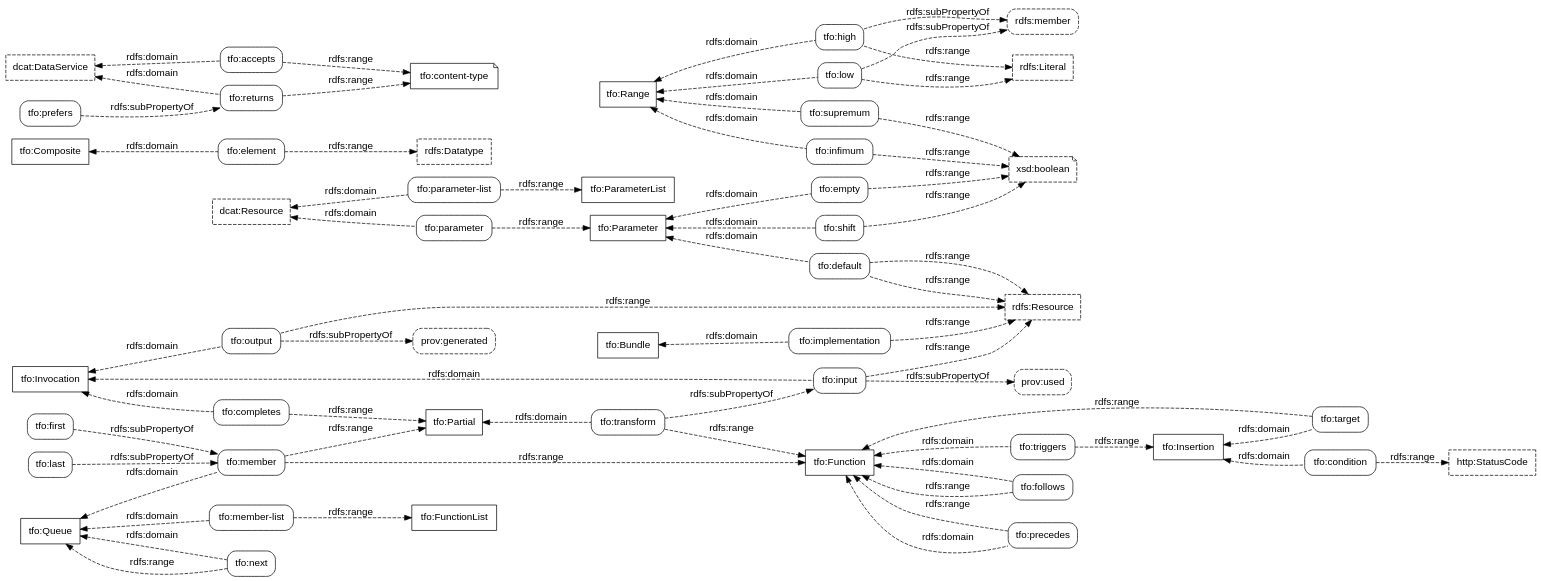
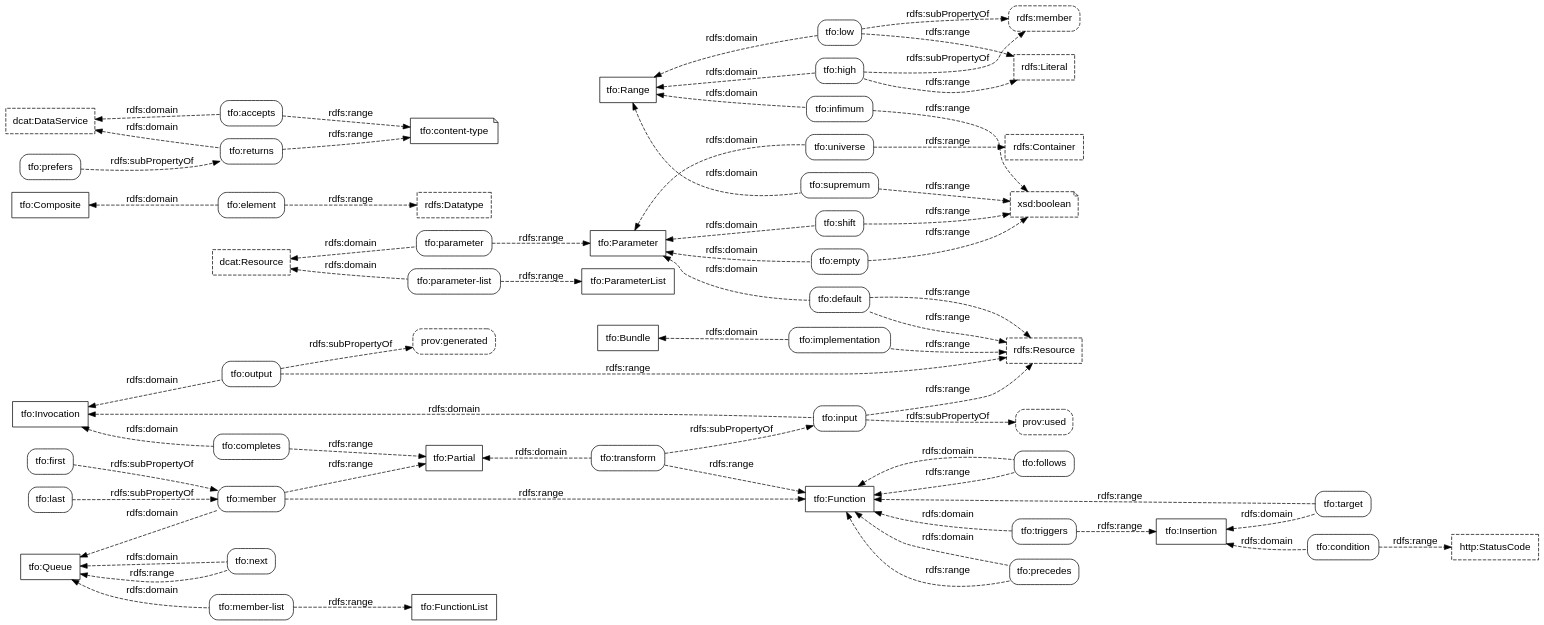
The diagram in transformation-properties.dot (doriantaylor/owl-transformation), drawn with Graphviz before and after one commit. The commit also changed 1 other file, not shown here.

```diff
--- a/transformation-properties.dot
+++ b/transformation-properties.dot
@@ -1,184 +1,189 @@
 digraph {
     graph [bgcolor=transparent,rankdir=LR];
     node [shape=box,style=rounded,color="#000000",fontcolor="#000000",fontname="Lucida Grande, Lucida Sans Unicode, sans-serif"];
     edge [concentrate=true,color="#000000",fontcolor="#000000",fontname="Lucida Grande, Lucida Sans Unicode, sans-serif"];
 
     // third-party classes
     subgraph {
         node [shape=box, style=dashed];
         rdfs_Resource [label="rdfs:Resource", target="_parent", href="https://www.w3.org/TR/rdf11-schema/#ch_resource"];
         rdfs_Literal [label="rdfs:Literal", target="_parent", href="https://www.w3.org/TR/rdf11-schema/#ch_literal"];
+        rdfs_Container [label="rdfs:Container", target="_parent", href="https://www.w3.org/TR/rdf11-schema/#ch_container"];
         // rdfs_Class [label="rdfs:Class", target="_parent", href="https://www.w3.org/TR/rdf11-schema/#ch_class"];
         rdfs_Datatype [label="rdfs:Datatype", target="_parent", href="https://www.w3.org/TR/rdf11-schema/#ch_datatype"];
         http_StatusCode [label="http:StatusCode", target="_parent", href="https://www.w3.org/TR/HTTP-in-RDF10/#StatusCodeClass"];
         dcat_Resource [label="dcat:Resource" target="_parent", href="https://www.w3.org/TR/vocab-dcat-2/#Class:Resource"];
         dcat_DataService [label="dcat:DataService" target="_parent", href="https://www.w3.org/TR/vocab-dcat-2/#Class:Data_Service"];
     }
 
     // our classes
 
     subgraph {
         node [shape=box, style=""];
         tfo_Bundle [label="tfo:Bundle", target="_parent", href="https://vocab.methodandstructure.com/transformation#Bundle"];
         tfo_Function [label="tfo:Function", target="_parent", href="https://vocab.methodandstructure.com/transformation#Function"];
         tfo_Parameter [label="tfo:Parameter", target="_parent", href="https://vocab.methodandstructure.com/transformation#Parameter"];
         tfo_Composite [label="tfo:Composite", target="_parent", href="https://vocab.methodandstructure.com/transformation#Composite"];
         tfo_ParameterList [label="tfo:ParameterList", target="_parent", href="https://vocab.methodandstructure.com/transformation#ParameterList"];
         tfo_Range [label="tfo:Range", target="_parent", href="https://vocab.methodandstructure.com/transformation#Range"];
         tfo_Queue [label="tfo:Queue", target="_parent", href="https://vocab.methodandstructure.com/transformation#Queue"];
         tfo_Insertion [label="tfo:Insertion", target="_parent", href="https://vocab.methodandstructure.com/transformation#Insertion"];
         tfo_FunctionList [label="tfo:FunctionList", target="_parent", href="https://vocab.methodandstructure.com/transformation#FunctionList"];
         tfo_Partial [label="tfo:Partial", target="_parent", href="https://vocab.methodandstructure.com/transformation#Partial"];
         tfo_Invocation [label="tfo:Invocation", target="_parent", href="https://vocab.methodandstructure.com/transformation#Invocation"];
     }
 
     // our datatypes
     subgraph {
         node [shape=note];
         tfo_content_type [label="tfo:content-type", target="_parent", href="https://vocab.methodandstructure.com/transformation#content-type"];
     }
 
     // third-party datatypes
     subgraph {
         node [shape=note,style=dashed];
 	xsd_boolean   [label="xsd:boolean", target="_parent", href="https://www.w3.org/TR/xmlschema11-2/#boolean"];
     }
 
     // third-party properties
 
     subgraph {
         node [style="dashed,rounded"];
         prov_used [label="prov:used", target="_parent", href="https://www.w3.org/TR/prov-o/#used"];
         prov_generated [label="prov:generated", target="_parent", href="https://www.w3.org/TR/prov-o/#generated"];
         // prov_wasAttributedTo [label="prov:wasAttributedTo", target="_parent", href="https://www.w3.org/TR/prov-o/#wasAttributedTo"];
         rdfs_member [label="rdfs:member", target="_parent", href="https://www.w3.org/TR/rdf11-schema/#ch_member"];
     }
 
     // our properties
 
     // parameter stuff
     tfo_default [label="tfo:default", target="_parent", href="https://vocab.methodandstructure.com/transformation#default"];
     tfo_element [label="tfo:element", target="_parent", href="https://vocab.methodandstructure.com/transformation#element"];
     tfo_empty [label="tfo:empty", target="_parent", href="https://vocab.methodandstructure.com/transformation#empty"];
     tfo_shift [label="tfo:shift", target="_parent", href="https://vocab.methodandstructure.com/transformation#shift"];
+    tfo_universe [label="tfo:universe", target="_parent", href="https://vocab.methodandstructure.com/transformation#universe"];
 
     // range stuff
     tfo_low [label="tfo:low", target="_parent", href="https://vocab.methodandstructure.com/transformation#low"];
     tfo_high [label="tfo:high", target="_parent", href="https://vocab.methodandstructure.com/transformation#high"];
     tfo_infimum [label="tfo:infimum", target="_parent", href="https://vocab.methodandstructure.com/transformation#infimum"];
     tfo_supremum [label="tfo:supremum", target="_parent", href="https://vocab.methodandstructure.com/transformation#supremum"];
 
     tfo_accepts [label="tfo:accepts", target="_parent", href="https://vocab.methodandstructure.com/transformation#accepts"];
     tfo_returns [label="tfo:returns", target="_parent", href="https://vocab.methodandstructure.com/transformation#returns"];
     tfo_prefers [label="tfo:prefers", target="_parent", href="https://vocab.methodandstructure.com/transformation#prefers"];
     tfo_implementation [label="tfo:implementation", target="_parent", href="https://vocab.methodandstructure.com/transformation#implementation"];
     tfo_parameter [label="tfo:parameter", target="_parent", href="https://vocab.methodandstructure.com/transformation#parameter"];
     tfo_parameter_list [label="tfo:parameter-list", target="_parent", href="https://vocab.methodandstructure.com/transformation#parameter-list"];
     tfo_default [label="tfo:default", target="_parent", href="https://vocab.methodandstructure.com/transformation#default"];
     tfo_triggers [label="tfo:triggers", target="_parent", href="https://vocab.methodandstructure.com/transformation#triggers"];
 
 
     tfo_completes [label="tfo:completes", target="_parent", href="https://vocab.methodandstructure.com/transformation#completes"];
     tfo_input [label="tfo:input", target="_parent", href="https://vocab.methodandstructure.com/transformation#input"];
     tfo_output [label="tfo:output", target="_parent", href="https://vocab.methodandstructure.com/transformation#output"];
     tfo_transform [label="tfo:transform", target="_parent", href="https://vocab.methodandstructure.com/transformation#transform"];
 
     tfo_member [label="tfo:member", target="_parent", href="https://vocab.methodandstructure.com/transformation#member"];
     tfo_member_list [label="tfo:member-list", target="_parent", href="https://vocab.methodandstructure.com/transformation#member-list"];
     tfo_next [label="tfo:next", target="_parent", href="https://vocab.methodandstructure.com/transformation#next"];
     tfo_precedes [label="tfo:precedes", target="_parent", href="https://vocab.methodandstructure.com/transformation#precedes"];
     tfo_follows [label="tfo:follows", target="_parent", href="https://vocab.methodandstructure.com/transformation#follows"];
     tfo_first [label="tfo:first", target="_parent", href="https://vocab.methodandstructure.com/transformation#first"];
     tfo_last [label="tfo:last", target="_parent", href="https://vocab.methodandstructure.com/transformation#last"];
     tfo_condition [label="tfo:condition", target="_parent", href="https://vocab.methodandstructure.com/transformation#condition"];
     tfo_target [label="tfo:target", target="_parent", href="https://vocab.methodandstructure.com/transformation#target"];
 
     subgraph {
         edge [style=dashed, label="rdfs:subPropertyOf"];
         tfo_prefers   -> tfo_returns;
         tfo_transform -> tfo_input -> prov_used;
         tfo_output    -> prov_generated;
 
         tfo_first -> tfo_member;
         tfo_last  -> tfo_member;
 
 	tfo_low -> rdfs_member;
 	tfo_high -> rdfs_member;
     }
 
     subgraph {
         edge [style=dashed, dir=back, label="rdfs:domain"];
         tfo_Bundle -> tfo_implementation;
         dcat_DataService -> tfo_accepts;
         dcat_DataService -> tfo_returns;
         dcat_Resource -> tfo_parameter;
         dcat_Resource -> tfo_parameter_list;
         tfo_Function  -> tfo_precedes;
         tfo_Function  -> tfo_follows;
         tfo_Function  -> tfo_triggers;
 
         tfo_Composite -> tfo_element;
         tfo_Parameter -> tfo_default;
         tfo_Parameter -> tfo_empty;
         tfo_Parameter -> tfo_shift;
+        tfo_Parameter -> tfo_universe;
 
 	tfo_Range -> tfo_low;
 	tfo_Range -> tfo_high;
 	tfo_Range -> tfo_infimum;
 	tfo_Range -> tfo_supremum;
 
         tfo_Queue -> tfo_member;
         tfo_Queue -> tfo_member_list;
 
         tfo_Queue -> tfo_next;
 
         tfo_Insertion -> tfo_condition;
         tfo_Insertion -> tfo_target;
 
         tfo_Partial -> tfo_transform;
 
         tfo_Invocation -> tfo_completes;
         tfo_Invocation -> tfo_input;
         tfo_Invocation -> tfo_output;
     }
 
     subgraph {
         edge [style=dashed, label="rdfs:range"];
 	tfo_element -> rdfs_Datatype;
 	tfo_default -> rdfs_Resource;
 	tfo_empty -> xsd_boolean;
 	tfo_shift -> xsd_boolean;
 
 	tfo_low -> rdfs_Literal;
 	tfo_high -> rdfs_Literal;
 	tfo_infimum -> xsd_boolean;
 	tfo_supremum -> xsd_boolean;
 
         tfo_accepts -> tfo_content_type;
         tfo_returns -> tfo_content_type;
 
         tfo_parameter      -> tfo_Parameter;
         tfo_parameter_list -> tfo_ParameterList;
 
         tfo_member      -> tfo_Function;
         tfo_member      -> tfo_Partial;
         tfo_member_list -> tfo_FunctionList;
 
         tfo_next -> tfo_Queue;
 
         tfo_transform -> tfo_Function;
         tfo_precedes  -> tfo_Function;
         tfo_follows   -> tfo_Function;
 
         tfo_triggers  -> tfo_Insertion;
         tfo_target    -> tfo_Function;
         tfo_condition -> http_StatusCode;
 
         tfo_completes -> tfo_Partial;
 
         tfo_implementation -> rdfs_Resource;
         tfo_default        -> rdfs_Resource;
         tfo_input          -> rdfs_Resource;
         tfo_output         -> rdfs_Resource;
+
+	tfo_universe       -> rdfs_Container;
     }
 }
```
